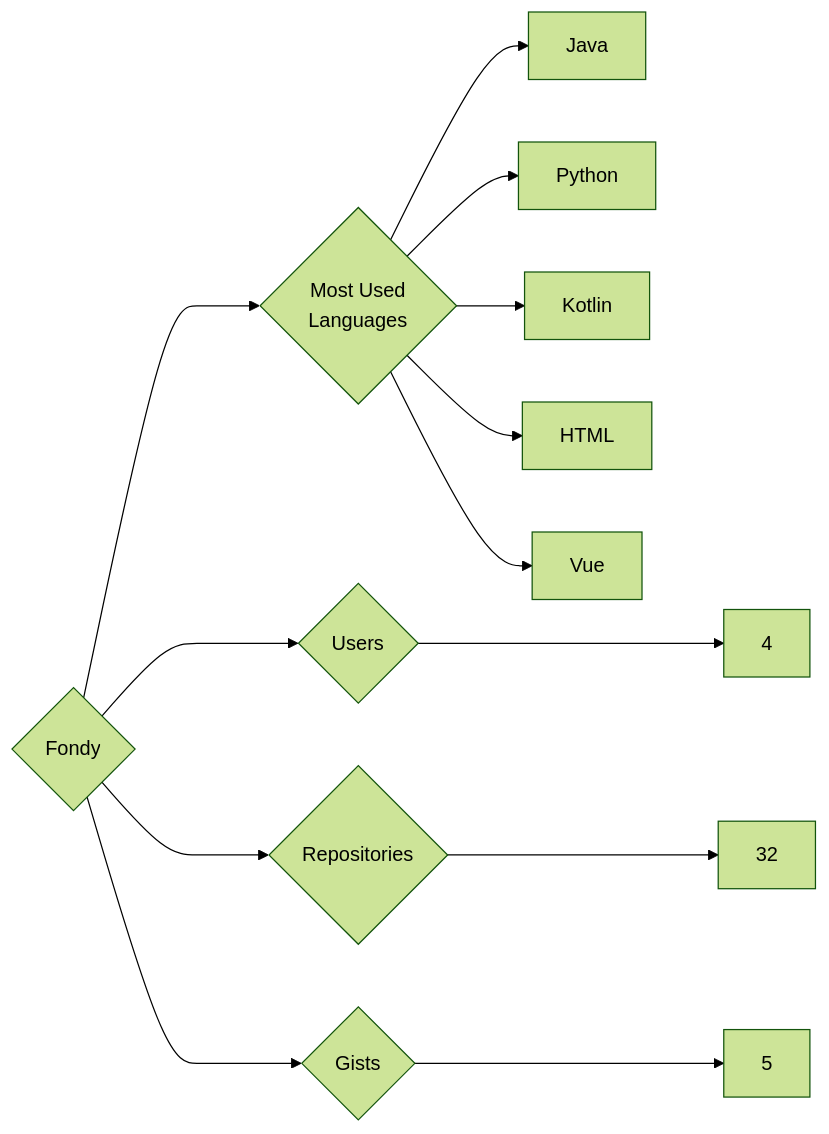
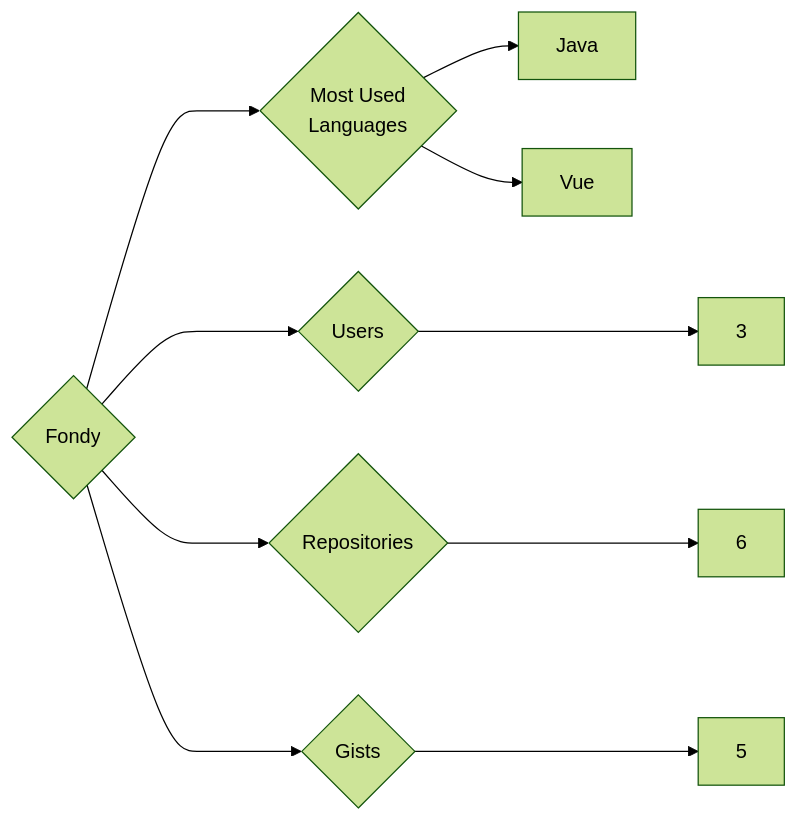
The diagram in targets/Fondy/README.md (trickest/insiders), drawn with Mermaid (forest theme) before and after one commit. The commit also changed 873 other files, not shown here.

````diff
--- a/targets/Fondy/README.md
+++ b/targets/Fondy/README.md
@@ -3,13 +3,10 @@
 ```mermaid
 graph LR
 COMPANY_NAME{Fondy}
-COMPANY_NAME ---> U{Users} ---> UN[4]
-COMPANY_NAME ---> R{Repositories} ---> RN[32]
+COMPANY_NAME ---> U{Users} ---> UN[3]
+COMPANY_NAME ---> R{Repositories} ---> RN[6]
 COMPANY_NAME ---> G{Gists} ---> GN[5]
 COMPANY_NAME ---> ML{Most Used<br>Languages}
 ML --> Java[Java]
-ML --> Python[Python]
-ML --> Kotlin[Kotlin]
-ML --> HTML[HTML]
 ML --> Vue[Vue]
 ```
````
